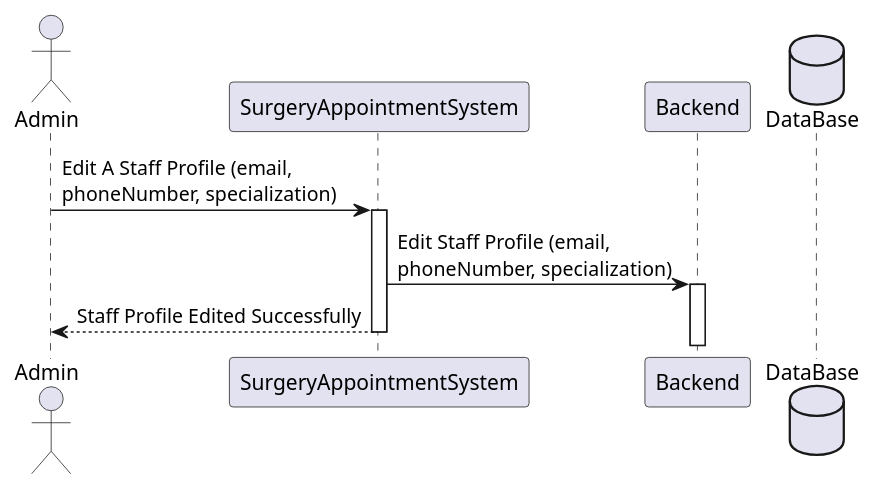
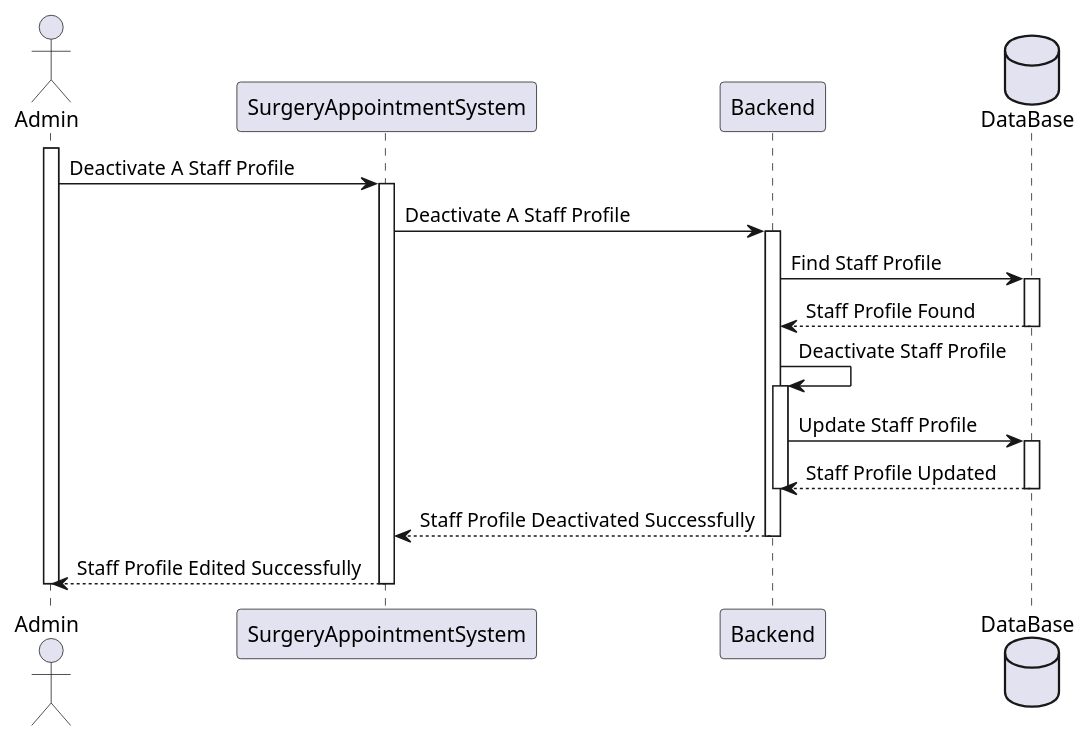
Before and after one commit to MateusCabral2004/sem5pi: the diagram in docs/Sprint 1/US 5.1.13/SequenceDiagram/Level2/SequenceDiagram.puml, drawn with PlantUML. The commit also changed 3 other files, not shown here.

Commit message:
#13 SequenceDiagram: Level1,2,3

```diff
--- a/docs/Sprint 1/US 5.1.13/SequenceDiagram/Level2/SequenceDiagram.puml
+++ b/docs/Sprint 1/US 5.1.13/SequenceDiagram/Level2/SequenceDiagram.puml
@@ -1,19 +1,39 @@
 @startuml
 actor Admin
 participant SurgeryAppointmentSystem
 participant Backend
 database DataBase
 
+activate Admin
 
-Admin -> SurgeryAppointmentSystem : Edit A Staff Profile (email, \nphoneNumber, specialization)
+Admin -> SurgeryAppointmentSystem : Deactivate A Staff Profile
 activate SurgeryAppointmentSystem
 
-SurgeryAppointmentSystem -> Backend : Edit Staff Profile (email, \nphoneNumber, specialization)
+SurgeryAppointmentSystem -> Backend : Deactivate A Staff Profile
 activate Backend
 
+Backend -> DataBase : Find Staff Profile
+activate DataBase
 
+DataBase --> Backend : Staff Profile Found
+deactivate DataBase
+
+Backend -> Backend : Deactivate Staff Profile
+activate Backend
+
+Backend -> DataBase : Update Staff Profile
+activate DataBase
+
+DataBase --> Backend : Staff Profile Updated
+deactivate DataBase
+deactivate Backend
+
+Backend --> SurgeryAppointmentSystem : Staff Profile Deactivated Successfully
+deactivate Backend
 
 SurgeryAppointmentSystem --> Admin : Staff Profile Edited Successfully
 deactivate SurgeryAppointmentSystem
 
+deactivate Admin
+
 @enduml
```
